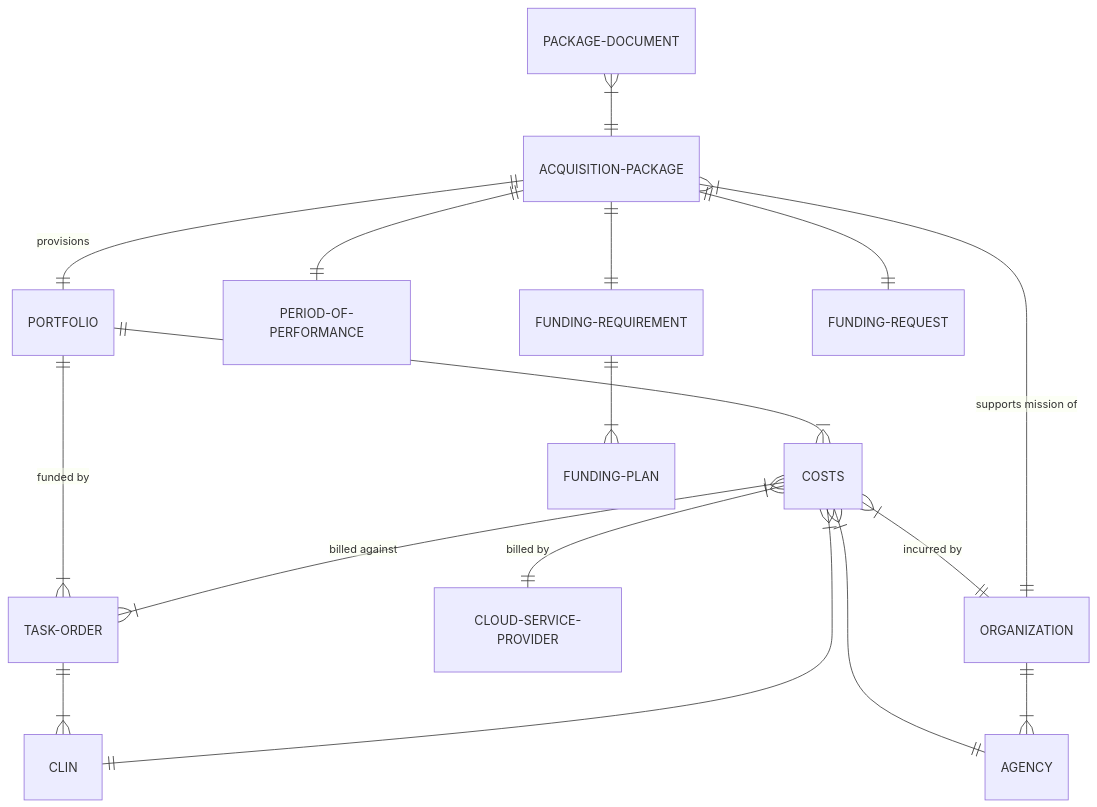
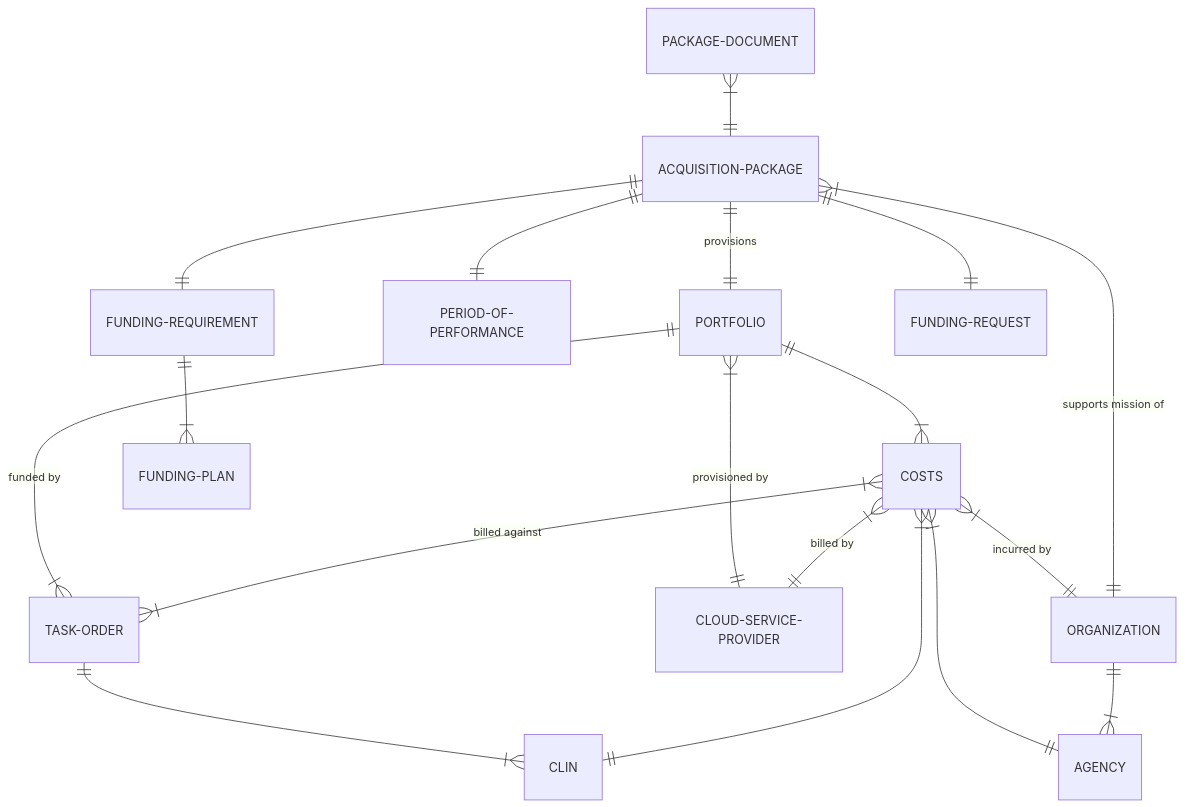
One commit to dod-ccpo/atat-snow changed the first of 2 diagrams in diagrams.md. Above: the diagram before and after it, drawn with Mermaid. The commit also changed other lines of this file, not shown here.

First line of the commit message:
Update diagrams

````diff
--- a/diagrams.md
+++ b/diagrams.md
@@ -3,23 +5,24 @@
 ```mermaid
 erDiagram
     %% Portfolio
     PORTFOLIO ||--|{ TASK-ORDER : "funded by"
     TASK-ORDER ||--|{ CLIN : ""
     PORTFOLIO ||--|{ COSTS : ""
+    PORTFOLIO }|--|| CLOUD-SERVICE-PROVIDER : "provisioned by"
     COSTS }|--|| CLIN : ""
     COSTS }|--|| CLOUD-SERVICE-PROVIDER : "billed by"
     COSTS }|--|{ TASK-ORDER : "billed against"
     COSTS }|--|| ORGANIZATION : "incurred by"
     COSTS }|--|| AGENCY : ""
-    
+
     %% Package
     ACQUISITION-PACKAGE ||--|| PORTFOLIO : "provisions"
     ACQUISITION-PACKAGE }|--|| ORGANIZATION : "supports mission of"
     ORGANIZATION ||--|{ AGENCY : ""
     ACQUISITION-PACKAGE ||--|| PERIOD-OF-PERFORMANCE : ""
     PACKAGE-DOCUMENT }|--|| ACQUISITION-PACKAGE : ""
     %% - funding
     ACQUISITION-PACKAGE ||--|| FUNDING-REQUIREMENT : ""
     FUNDING-REQUIREMENT ||--|{ FUNDING-PLAN : ""
     ACQUISITION-PACKAGE ||--|| FUNDING-REQUEST : ""
 ```
````
